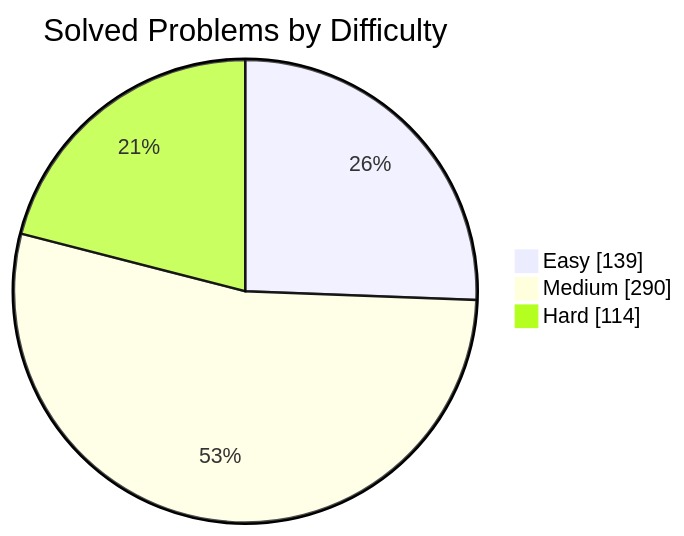
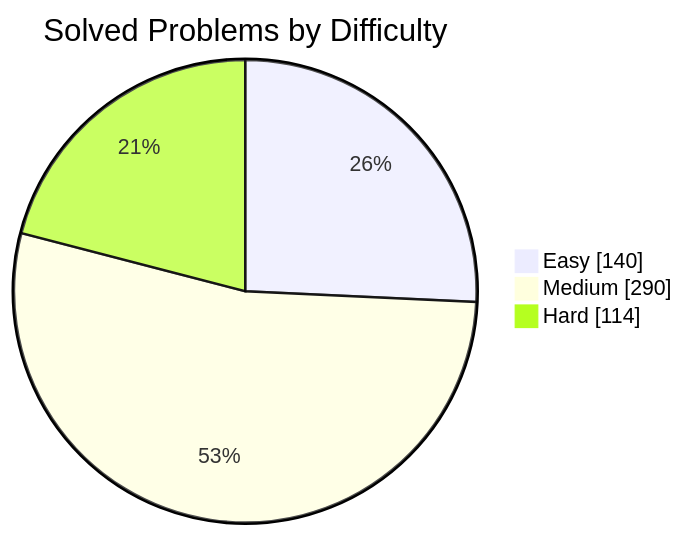
One commit to manikantbindass/DSA-Preparation-FAANG changed the first of 2 diagrams in README.md. Above: the diagram before and after it, drawn with Mermaid. The commit also changed other lines of this file and 1 other file, not shown here.

````diff
--- a/README.md
+++ b/README.md
@@ -79,7 +79,7 @@
 ```mermaid
 pie showData
     title Solved Problems by Difficulty
-    "Easy" : 139
+    "Easy" : 140
     "Medium" : 290
     "Hard" : 114
 ```
````
